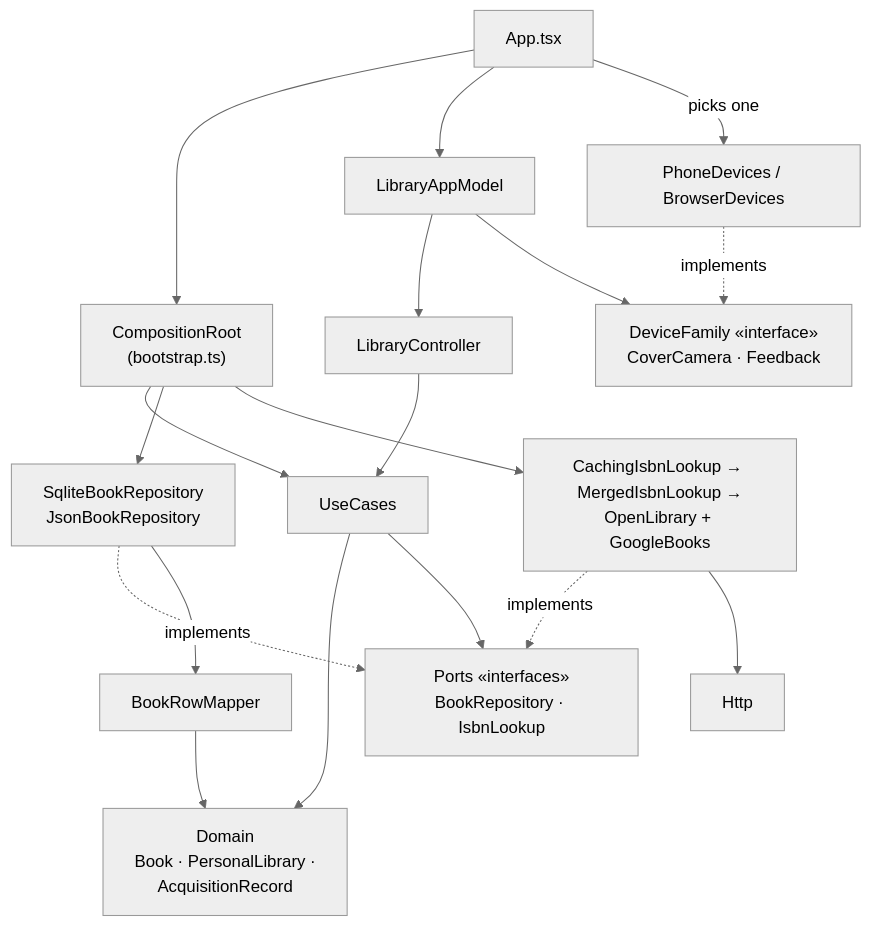
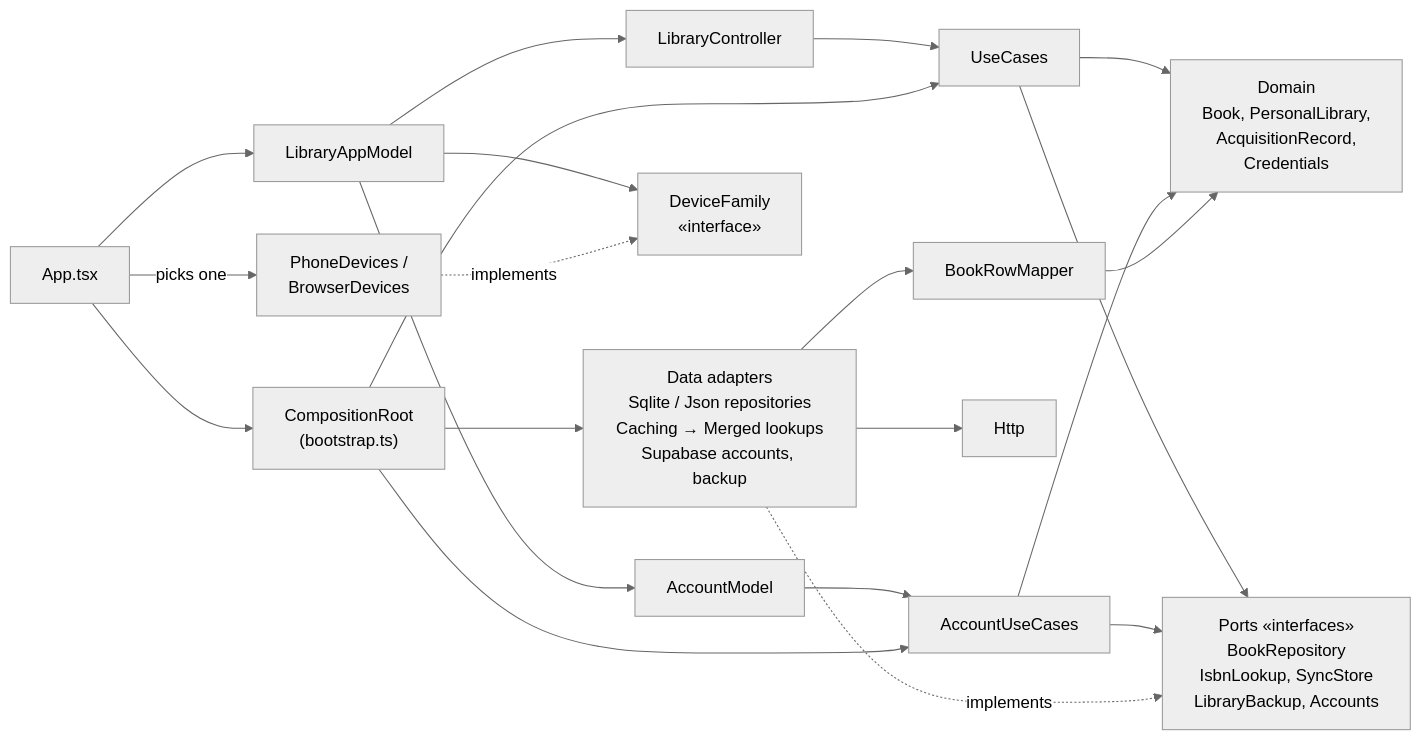
Before and after one commit to ghechavarria/cen5064-project-hechavarria: the diagram in docs/design/diagrams/dependency.mmd, drawn with Mermaid (neutral theme). The commit also changed 23 other files, not shown here.

First line of the commit message:
Diagrams: feature 4 in the C4 and UML views, every figure at 7pt or larger

```diff
--- a/docs/design/diagrams/dependency.mmd
+++ b/docs/design/diagrams/dependency.mmd
@@ -1,18 +1,21 @@
-flowchart TB
+flowchart LR
     App["App.tsx"] --> Root["CompositionRoot<br/>(bootstrap.ts)"]
     App --> Model["LibraryAppModel"]
+    App -- picks one --> Devices["PhoneDevices /<br/>BrowserDevices"]
+    Model --> Account["AccountModel"]
     Model --> Controller["LibraryController"]
-    Model --> Family["DeviceFamily «interface»<br/>CoverCamera · Feedback"]
-    Devices["PhoneDevices / BrowserDevices"] -. implements .-> Family
-    App -- picks one --> Devices
+    Model --> Family["DeviceFamily<br/>«interface»"]
+    Devices -. implements .-> Family
     Controller --> UC["UseCases"]
-    UC --> Domain["Domain<br/>Book · PersonalLibrary ·<br/>AcquisitionRecord"]
-    UC --> Ports["Ports «interfaces»<br/>BookRepository · IsbnLookup"]
-    Repos["SqliteBookRepository<br/>JsonBookRepository"] -. implements .-> Ports
-    Lookups["CachingIsbnLookup → MergedIsbnLookup →<br/>OpenLibrary + GoogleBooks"] -. implements .-> Ports
+    Account --> AUC["AccountUseCases"]
+    UC --> Domain["Domain<br/>Book, PersonalLibrary,<br/>AcquisitionRecord,<br/>Credentials"]
+    AUC --> Domain
+    UC --> Ports["Ports «interfaces»<br/>BookRepository<br/>IsbnLookup, SyncStore<br/>LibraryBackup, Accounts"]
+    AUC --> Ports
+    Adapters["Data adapters<br/>Sqlite / Json repositories<br/>Caching → Merged lookups<br/>Supabase accounts, backup"] -. implements .-> Ports
     Root --> UC
-    Root --> Repos
-    Root --> Lookups
-    Lookups --> Http["Http"]
-    Repos --> Mapper["BookRowMapper"]
+    Root --> AUC
+    Root --> Adapters
+    Adapters --> Http["Http"]
+    Adapters --> Mapper["BookRowMapper"]
     Mapper --> Domain
```
